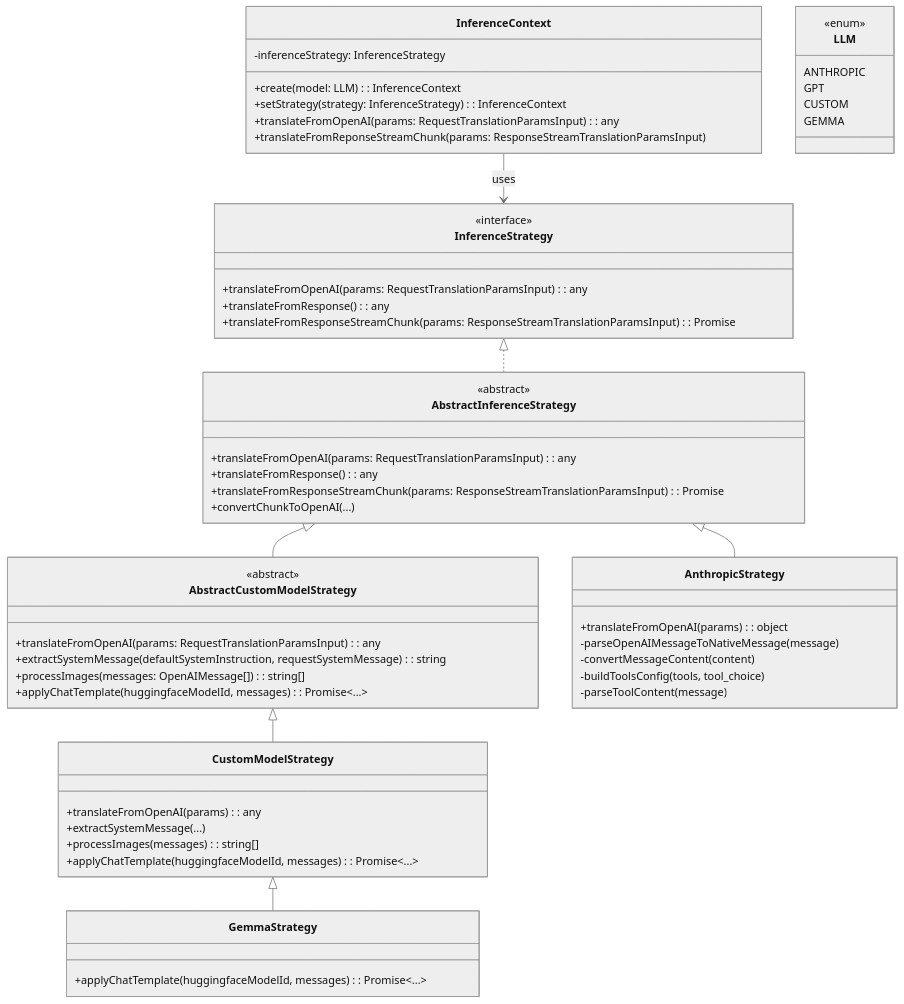
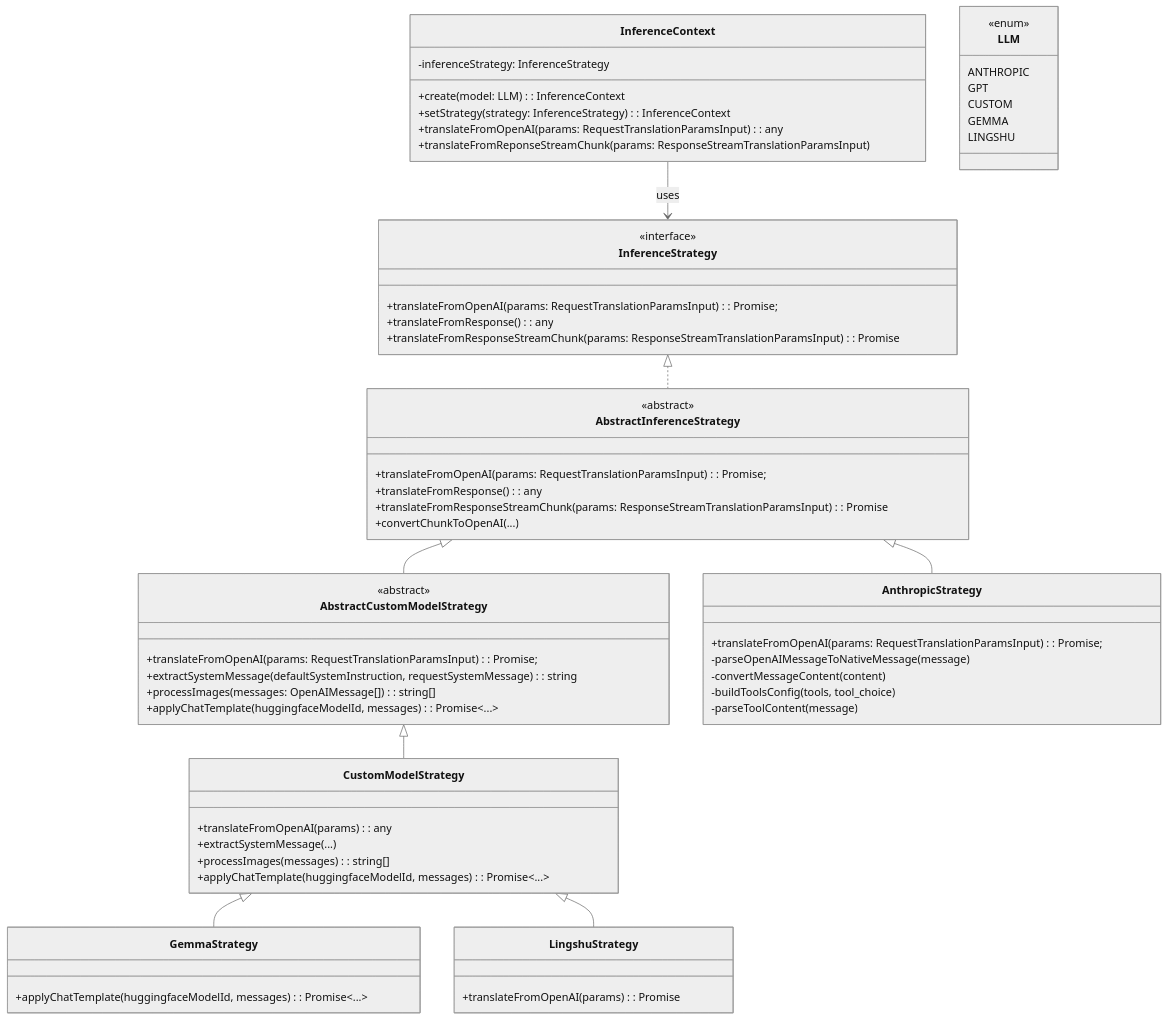
Before and after one commit to bitlab-tech/llm-rosetta: the diagram in README.md, drawn with Mermaid (neutral theme). The commit also changed other lines of this file and 9 other files, not shown here.

````diff
--- a/README.md
+++ b/README.md
@@ -115,73 +115,79 @@
 ```mermaid
 classDiagram
   direction TB
 
   class InferenceStrategy {
     <<interface>>
-    +translateFromOpenAI(params: RequestTranslationParamsInput): any
+    +translateFromOpenAI(params: RequestTranslationParamsInput): Promise<RequestToProvider>;
     +translateFromResponse(): any
     +translateFromResponseStreamChunk(params: ResponseStreamTranslationParamsInput): Promise<OpenAIChunk>
   }
 
   class AbstractInferenceStrategy {
     <<abstract>>
-    +translateFromOpenAI(params: RequestTranslationParamsInput): any
+    +translateFromOpenAI(params: RequestTranslationParamsInput): Promise<RequestToProvider>;
     +translateFromResponse(): any
     +translateFromResponseStreamChunk(params: ResponseStreamTranslationParamsInput): Promise<OpenAIChunk>
     +convertChunkToOpenAI(...)
   }
 
   InferenceStrategy <|.. AbstractInferenceStrategy
 
   class AbstractCustomModelStrategy {
     <<abstract>>
-    +translateFromOpenAI(params: RequestTranslationParamsInput): any
+    +translateFromOpenAI(params: RequestTranslationParamsInput): Promise<RequestToProvider>;
     +extractSystemMessage(defaultSystemInstruction, requestSystemMessage): string
     +processImages(messages: OpenAIMessage[]): string[]
     +applyChatTemplate(huggingfaceModelId, messages): Promise<...>
   }
 
   AbstractInferenceStrategy <|-- AbstractCustomModelStrategy
 
   class AnthropicStrategy {
-    +translateFromOpenAI(params): object
+    +translateFromOpenAI(params: RequestTranslationParamsInput): Promise<RequestToProvider>;
     -parseOpenAIMessageToNativeMessage(message)
     -convertMessageContent(content)
     -buildToolsConfig(tools, tool_choice)
     -parseToolContent(message)
   }
 
   AbstractCustomModelStrategy <|-- CustomModelStrategy
   AbstractInferenceStrategy <|-- AnthropicStrategy
 
   class CustomModelStrategy {
     +translateFromOpenAI(params): any
     +extractSystemMessage(...)
     +processImages(messages): string[]
     +applyChatTemplate(huggingfaceModelId, messages): Promise<...>
   }
 
   class GemmaStrategy {
     +applyChatTemplate(huggingfaceModelId, messages): Promise<...>
   }
 
+  class LingshuStrategy {
+    +translateFromOpenAI(params): Promise<RequestToProvider>
+  }
+
   CustomModelStrategy <|-- GemmaStrategy
+  CustomModelStrategy <|-- LingshuStrategy
 
   class InferenceContext {
     -inferenceStrategy: InferenceStrategy
     +create(model: LLM): InferenceContext
     +setStrategy(strategy: InferenceStrategy): InferenceContext
     +translateFromOpenAI(params: RequestTranslationParamsInput): any
     +translateFromReponseStreamChunk(params: ResponseStreamTranslationParamsInput)
   }
 
   InferenceContext --> InferenceStrategy : uses
 
   class LLM {
     <<enum>>
     ANTHROPIC
     GPT
     CUSTOM
     GEMMA
+    LINGSHU
   }
 ```
````
